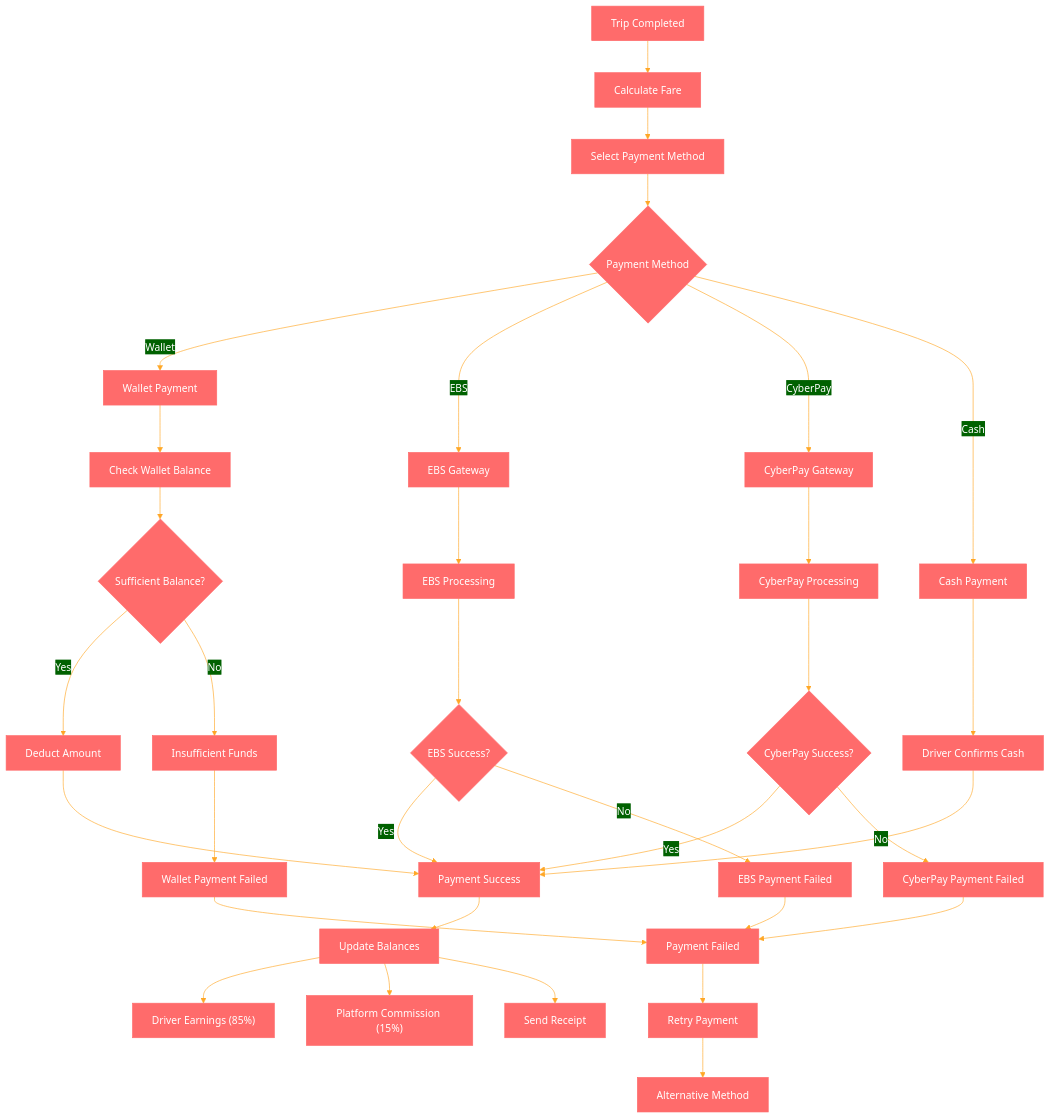
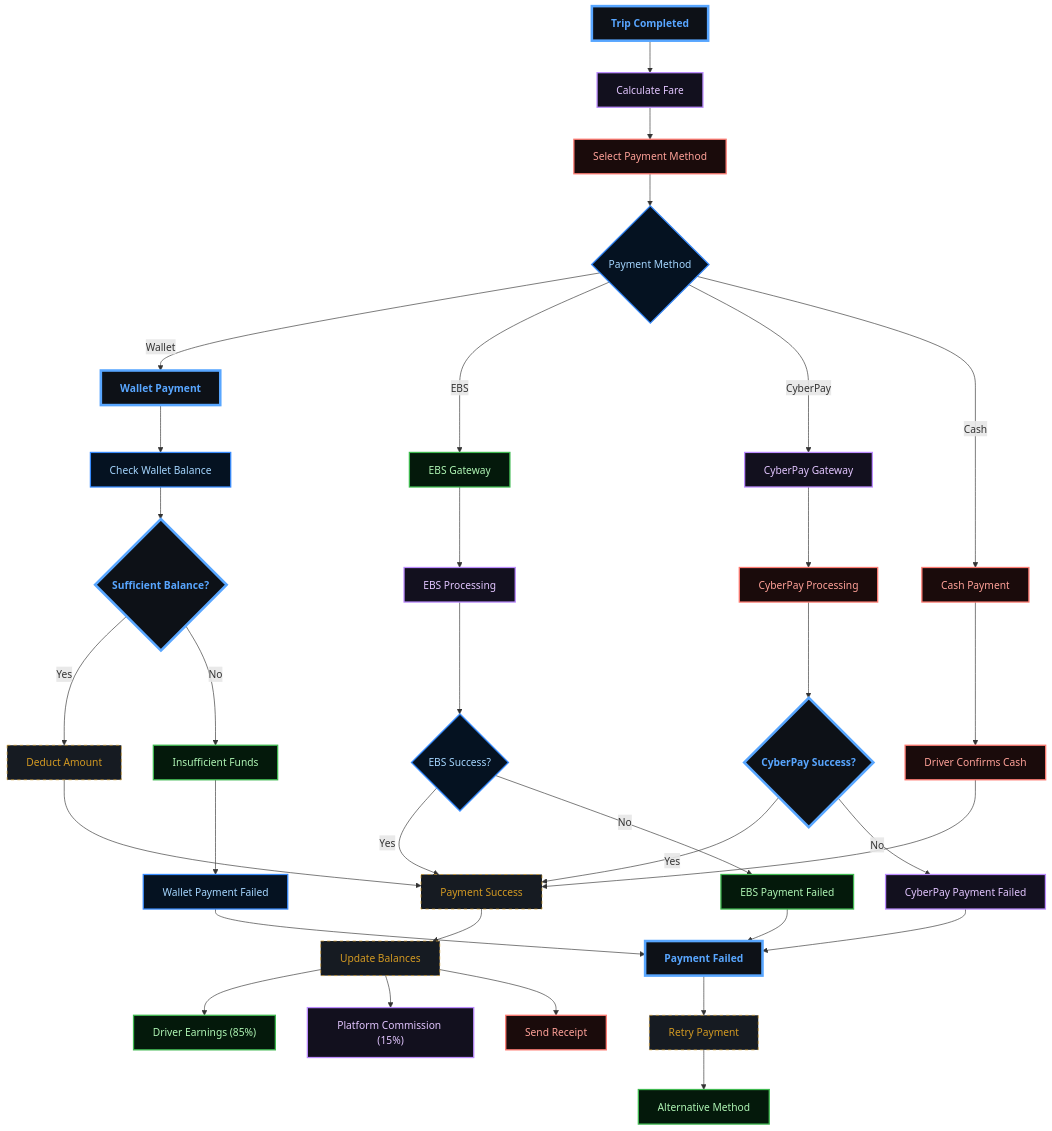
One commit to abdoElHodaky/transportapp changed the eighth of 17 diagrams in docs/BUSINESS_PROCESSES.md. Above: the diagram before and after it, drawn with Mermaid. The commit also changed other lines of this file and 9 other files, not shown here.

````diff
--- a/docs/BUSINESS_PROCESSES.md
+++ b/docs/BUSINESS_PROCESSES.md
@@ -205,5 +434,4 @@
 ```mermaid
-%%{init: {'theme':'base', 'themeVariables': {'primaryColor':'#ff6b6b','primaryTextColor':'#fff','primaryBorderColor':'#ff6b6b','lineColor':'#ffa726','sectionBkgColor':'#ff6b6b','altSectionBkgColor':'#fff','gridColor':'#fff','secondaryColor':'#006100','tertiaryColor':'#fff'}}}%%
 flowchart TD
     A["Trip Completed"] --> B["Calculate Fare"]
     B --> C["Select Payment Method"]
@@ -246,4 +474,54 @@
     
     V --> AA["Retry Payment"]
     AA --> AB["Alternative Method"]
+
+    %% --- DARK GRADIENT & GLOW STYLING ---
+    
+    %% Main Dashboard (Neon Cyan/Blue)
+    classDef main fill:#0d1117,stroke:#58a6ff,stroke-width:4px,color:#58a6ff,font-weight:bold;
+    
+    %% Decision Diamond (Gold Glow)
+    classDef decision fill:#161b22,stroke:#d29922,color:#d29922,stroke-dasharray: 5 5;
+    
+    %% Revenue (Emerald Gradient Style)
+    classDef revNode fill:#04190b,stroke:#3fb950,color:#aff5b4,stroke-width:2px;
+    
+    %% Commission (Purple Gradient Style)
+    classDef commNode fill:#12101e,stroke:#bc8cff,color:#e2c5ff,stroke-width:2px;
+    
+    %% Refund (Ruby Gradient Style)
+    classDef refNode fill:#1a0b0b,stroke:#ff7b72,color:#ffa198,stroke-width:2px;
+    
+    %% Earnings (Sapphire Gradient Style)
+    classDef earnNode fill:#051221,stroke:#388bfd,color:#a5d6ff,stroke-width:2px;
+
+    class A main;
+    class AA decision;
+    class AB revNode;
+    class B commNode;
+    class C refNode;
+    class D earnNode;
+    class E main;
+    class EBS decision;
+    class F revNode;
+    class G commNode;
+    class H refNode;
+    class I earnNode;
+    class J main;
+    class K decision;
+    class L revNode;
+    class M commNode;
+    class N refNode;
+    class O earnNode;
+    class P main;
+    class Q decision;
+    class R revNode;
+    class S commNode;
+    class T refNode;
+    class U earnNode;
+    class V main;
+    class W decision;
+    class X revNode;
+    class Y commNode;
+    class Z refNode;
 ```
````
